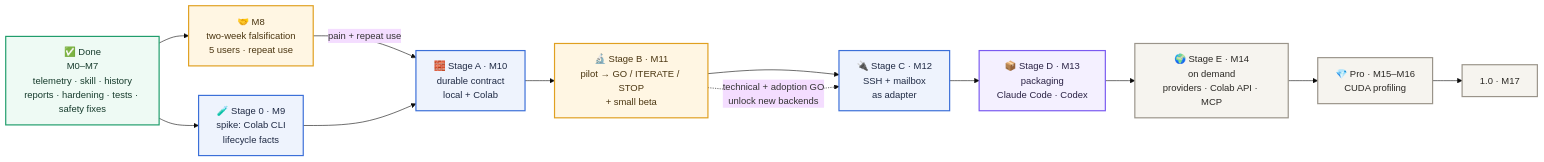
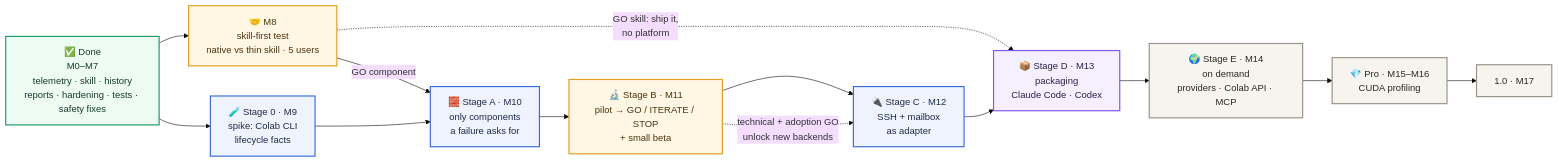
Before and after one commit to SergeyChere/MeetProxy: the diagram in ROADMAP.md, drawn with Mermaid (base theme). The commit also changed other lines of this file and 8 other files, not shown here.

First line of the commit message:
Skill-first: safe install, thin skill tested before any new core

````diff
--- a/ROADMAP.md
+++ b/ROADMAP.md
@@ -9,30 +9,31 @@
 ```mermaid
 flowchart LR
     D["✅ Done<br/>M0–M7<br/>telemetry · skill · history<br/>reports · hardening · tests · safety fixes"]
-    DP["🤝 M8<br/>two-week falsification<br/>5 users · repeat use"]
+    DP["🤝 M8<br/>skill-first test<br/>native vs thin skill · 5 users"]
     S0["🧪 Stage 0 · M9<br/>spike: Colab CLI<br/>lifecycle facts"]
-    A["🧱 Stage A · M10<br/>durable contract<br/>local + Colab"]
+    A["🧱 Stage A · M10<br/>only components<br/>a failure asks for"]
     B["🔬 Stage B · M11<br/>pilot → GO / ITERATE / STOP<br/>+ small beta"]
     C["🔌 Stage C · M12<br/>SSH + mailbox<br/>as adapter"]
     DD["📦 Stage D · M13<br/>packaging<br/>Claude Code · Codex"]
     E["🌍 Stage E · M14<br/>on demand<br/>providers · Colab API · MCP"]
     PRO["💎 Pro · M15–M16<br/>CUDA profiling"]
     V1["1.0 · M17"]
-    D --> DP -- "pain + repeat use" --> A --> B
+    D --> DP -- "GO component" --> A --> B
+    DP -. "GO skill: ship it,<br/>no platform" .-> DD
     D --> S0 --> A
     B --> C --> DD --> E --> PRO --> V1
     B -. "technical + adoption GO<br/>unlock new backends" .-> C
 
     classDef done fill:#eefaf4,stroke:#1f9d6b,stroke-width:2px,color:#163b2c
     classDef fix fill:#fdeeee,stroke:#d64545,stroke-width:2px,color:#5a1d1d
     classDef core fill:#eef3fd,stroke:#3b6fd8,stroke-width:2px,color:#1f2a44
     classDef prove fill:#fff6e3,stroke:#e0a020,stroke-width:2px,color:#4a3510
     classDef rel fill:#f4f0ff,stroke:#7a5af0,stroke-width:2px,color:#2a2244
     classDef later fill:#f6f4ef,stroke:#9a948a,stroke-width:2px,color:#2b2925
     class D done
     class S0,A,C core
     class DP prove
     class B prove
     class DD rel
     class E,PRO,V1 later
 ```
````
